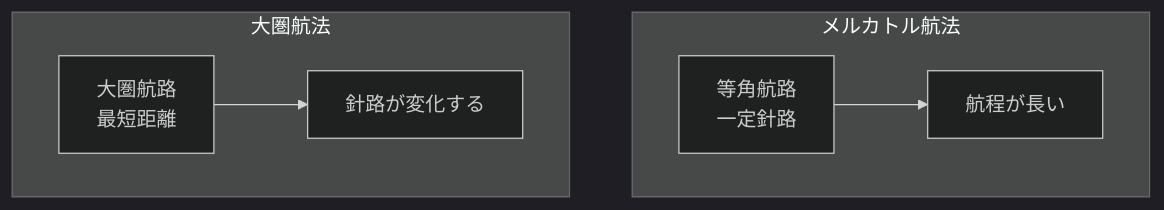
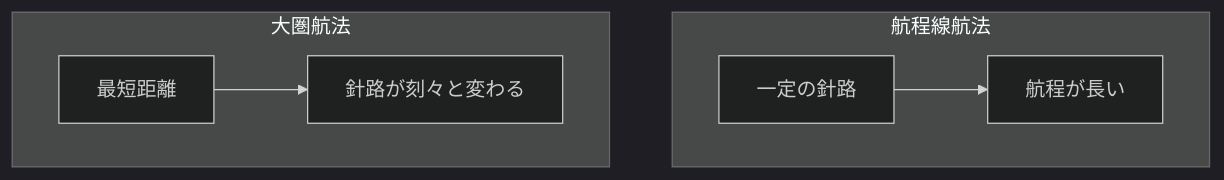
Before and after one commit to serkenn/Navigation-calculations: the third of 5 diagrams in docs/pilot1.md, drawn with Mermaid (dark theme). The commit also changed other lines of this file and 6 other files, not shown here.

````diff
--- a/docs/pilot1.md
+++ b/docs/pilot1.md
@@ -77,9 +100,9 @@
 ```mermaid
 flowchart TD
-    subgraph メルカトル航法
-        M1[等角航路<br>一定針路] --> M2[航程が長い]
+    subgraph 航程線航法
+        M1[一定の針路] --> M2[航程が長い]
     end
     subgraph 大圏航法
-        G1[大圏航路<br>最短距離] --> G2[針路が変化する]
+        G1[最短距離] --> G2[針路が刻々と変わる]
     end
 ```
````
